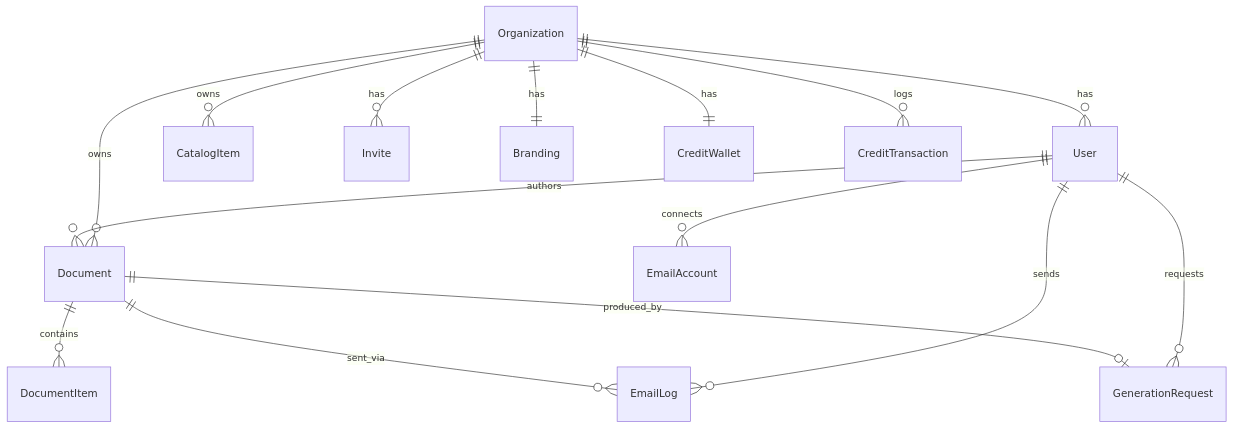
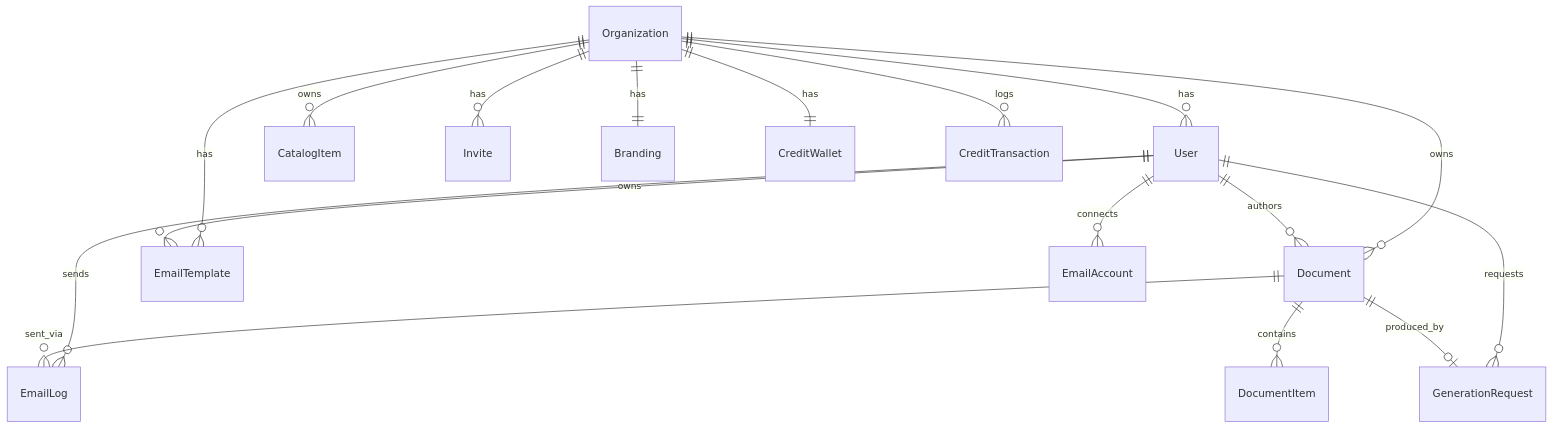
Before and after one commit to JR-STUDY/Deal-Closer: the diagram in docs/ARCHITECTURE.md, drawn with Mermaid. The commit also changed other lines of this file and 4 other files, not shown here.

````diff
--- a/docs/ARCHITECTURE.md
+++ b/docs/ARCHITECTURE.md
@@ -39,17 +39,19 @@
 ```mermaid
 erDiagram
   Organization ||--o{ User : has
   Organization ||--o{ Document : owns
   Organization ||--o{ CatalogItem : owns
   Organization ||--o{ Invite : has
   Organization ||--|| Branding : has
   Organization ||--|| CreditWallet : has
   Organization ||--o{ CreditTransaction : logs
+  Organization ||--o{ EmailTemplate : has
   User ||--o{ Document : authors
   User ||--o{ EmailAccount : connects
   User ||--o{ EmailLog : sends
+  User ||--o{ EmailTemplate : owns
   User ||--o{ GenerationRequest : requests
   Document ||--o{ DocumentItem : contains
   Document ||--o{ EmailLog : sent_via
   Document ||--o| GenerationRequest : produced_by
 ```
````
